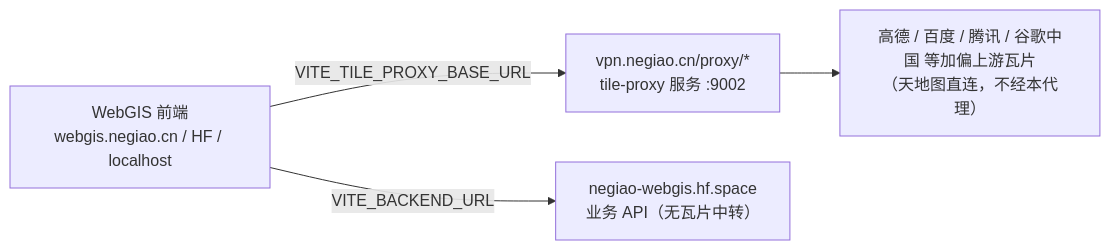
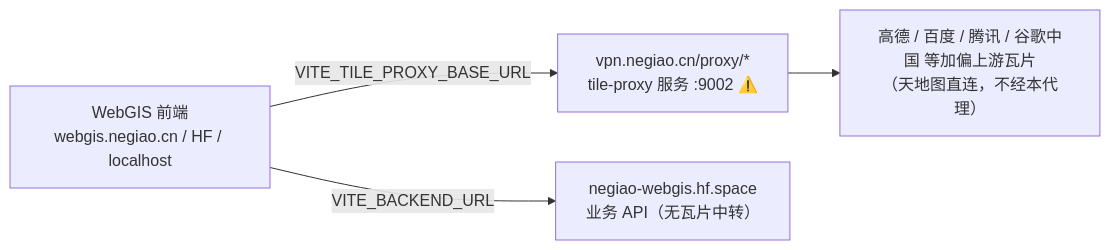
Before and after one commit to NEGIAO/WebGIS-Dev: the diagram in Docs/Architecture/tile-rectify-system.md, drawn with Mermaid. The commit also changed other lines of this file and 52 other files, not shown here.

````diff
--- a/Docs/Architecture/tile-rectify-system.md
+++ b/Docs/Architecture/tile-rectify-system.md
@@ -15,6 +15,6 @@
 ```mermaid
 flowchart LR
-    FE["WebGIS 前端<br/>webgis.negiao.cn / HF / localhost"] -->|"VITE_TILE_PROXY_BASE_URL"| VPS["vpn.negiao.cn/proxy/*<br/>tile-proxy 服务 :9002"]
+    FE["WebGIS 前端<br/>webgis.negiao.cn / HF / localhost"] -->|"VITE_TILE_PROXY_BASE_URL"| VPS["vpn.negiao.cn/proxy/*<br/>tile-proxy 服务 :9002 ⚠️"]
     VPS --> UP["高德 / 百度 / 腾讯 / 谷歌中国 等加偏上游瓦片<br/>（天地图直连，不经本代理）"]
     FE -->|"VITE_BACKEND_URL"| HF["negiao-webgis.hf.space<br/>业务 API（无瓦片中转）"]
 ```
````
